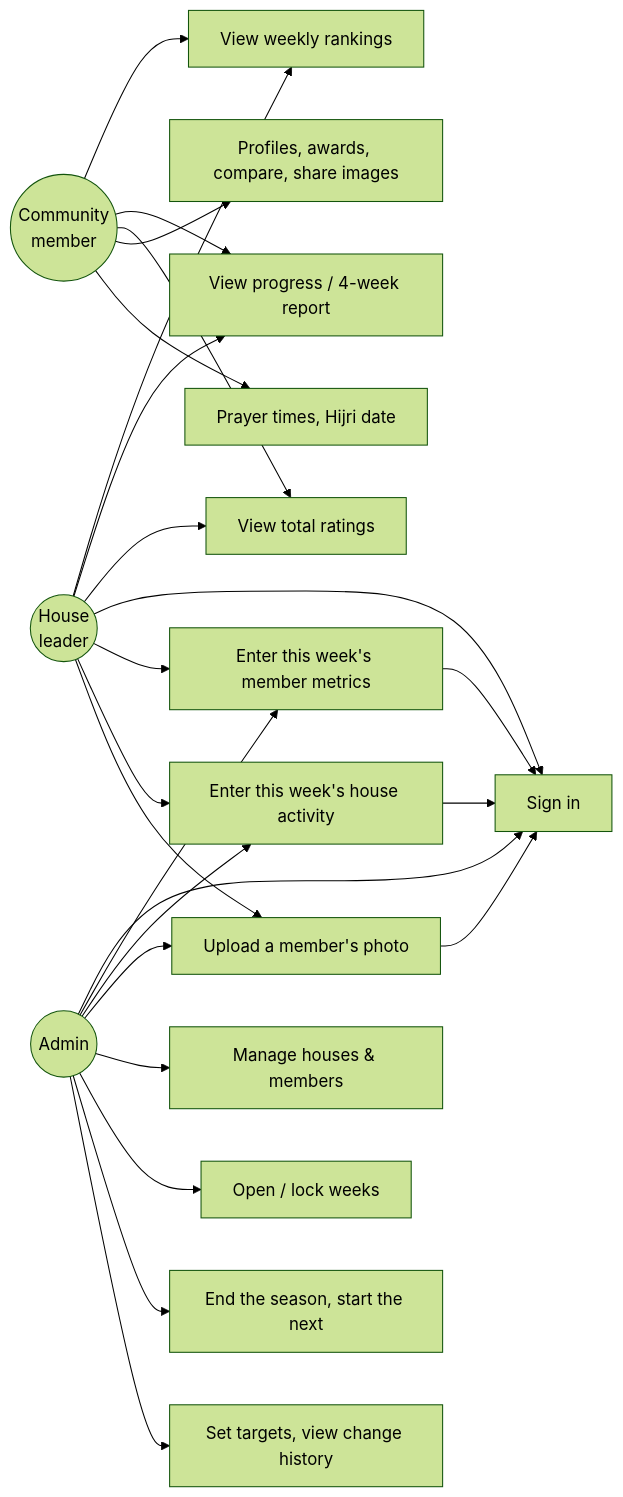
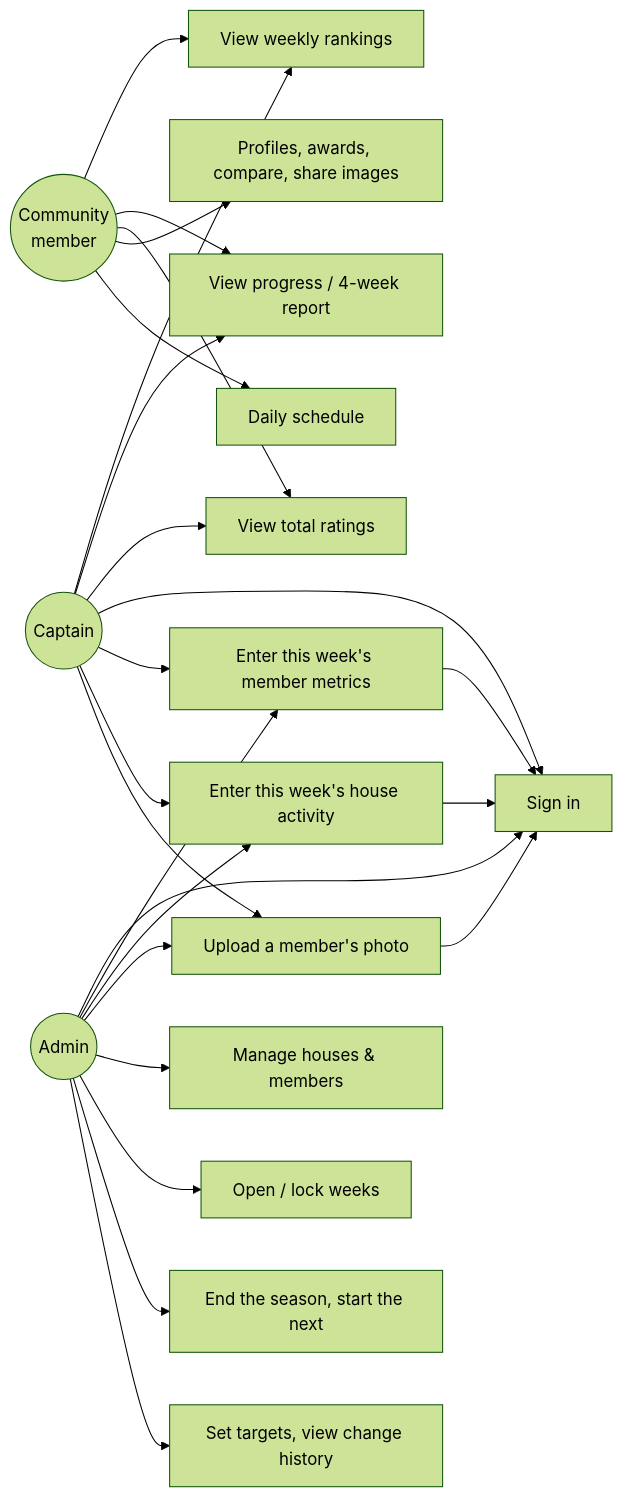
Before and after one commit to nurmuhammedkanybekov/tdJamaat-v2: the second of 3 diagrams in README.md, drawn with Mermaid (forest theme). The commit also changed other lines of this file, not shown here.

````diff
--- a/README.md
+++ b/README.md
@@ -203,32 +200,32 @@
 ```mermaid
 flowchart LR
     Visitor((Community\nmember))
-    Leader((House\nleader))
+    Captain((Captain))
     Admin((Admin))
 
     Visitor --> UC1[View weekly rankings]
     Visitor --> UC2[View progress / 4-week report]
     Visitor --> UC3[View total ratings]
     Visitor --> UC10[Profiles, awards, compare, share images]
-    Visitor --> UC11[Prayer times, Hijri date]
+    Visitor --> UC11[Daily schedule]
 
-    Leader --> UC1
-    Leader --> UC2
-    Leader --> UC3
-    Leader --> UC4[Sign in]
-    Leader --> UC5[Enter this week's member metrics]
-    Leader --> UC6[Enter this week's house activity]
-    Leader --> UC7[Upload a member's photo]
+    Captain --> UC1
+    Captain --> UC2
+    Captain --> UC3
+    Captain --> UC4[Sign in]
+    Captain --> UC5[Enter this week's member metrics]
+    Captain --> UC6[Enter this week's house activity]
+    Captain --> UC7[Upload a member's photo]
     UC5 --> UC4
     UC6 --> UC4
     UC7 --> UC4
 
     Admin --> UC4
     Admin --> UC5
     Admin --> UC6
     Admin --> UC7
     Admin --> UC8[Manage houses & members]
     Admin --> UC9[Open / lock weeks]
     Admin --> UC12[End the season, start the next]
     Admin --> UC13[Set targets, view change history]
 ```
````
